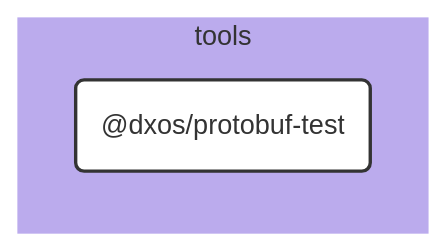
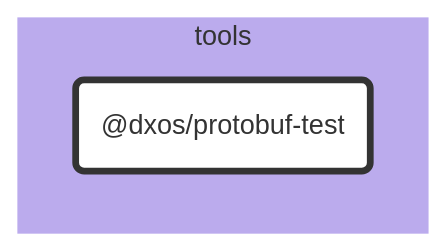
One commit to dxos/dxos changed the diagram in tools/protobuf-test/docs/README.md. Above: the diagram before and after it, drawn with Mermaid. The commit also changed 683 other files, not shown here.

````diff
--- a/tools/protobuf-test/docs/README.md
+++ b/tools/protobuf-test/docs/README.md
@@ -7,25 +7,20 @@
 ```mermaid
 %%{ init: {'flowchart':{'curve':'basis'}} }%%
 
 flowchart LR
 
-%% Links
+%% Classes
+classDef def fill:#fff,stroke:#333,stroke-width:1px
+classDef root fill:#fff,stroke:#333,stroke-width:4px
 
-%% Sections
-subgraph tools
-  style tools fill:#bbabed,stroke:#fff;
+%% Nodes
 
-  dxos/protobuf-test("@dxos/protobuf-test")
+subgraph tools [tools]
+  style tools fill:#bbabed,stroke:#fff
+  dxos/protobuf-test("@dxos/protobuf-test"):::root
+  click dxos/protobuf-test "dxos/dxos/tree/main/tools/protobuf-test/docs"
 end
 
-
-%% Hyperlinks
-
-%% Styles
-classDef rootNode fill:#fff,stroke:#333,stroke-width:2px
-classDef defaultNode fill:#fff,stroke:#333,stroke-width:1px
+%% Links
 linkStyle default stroke:#333,stroke-width:1px
-
-dxos/protobuf-test:::rootNode
-
 ```
````
